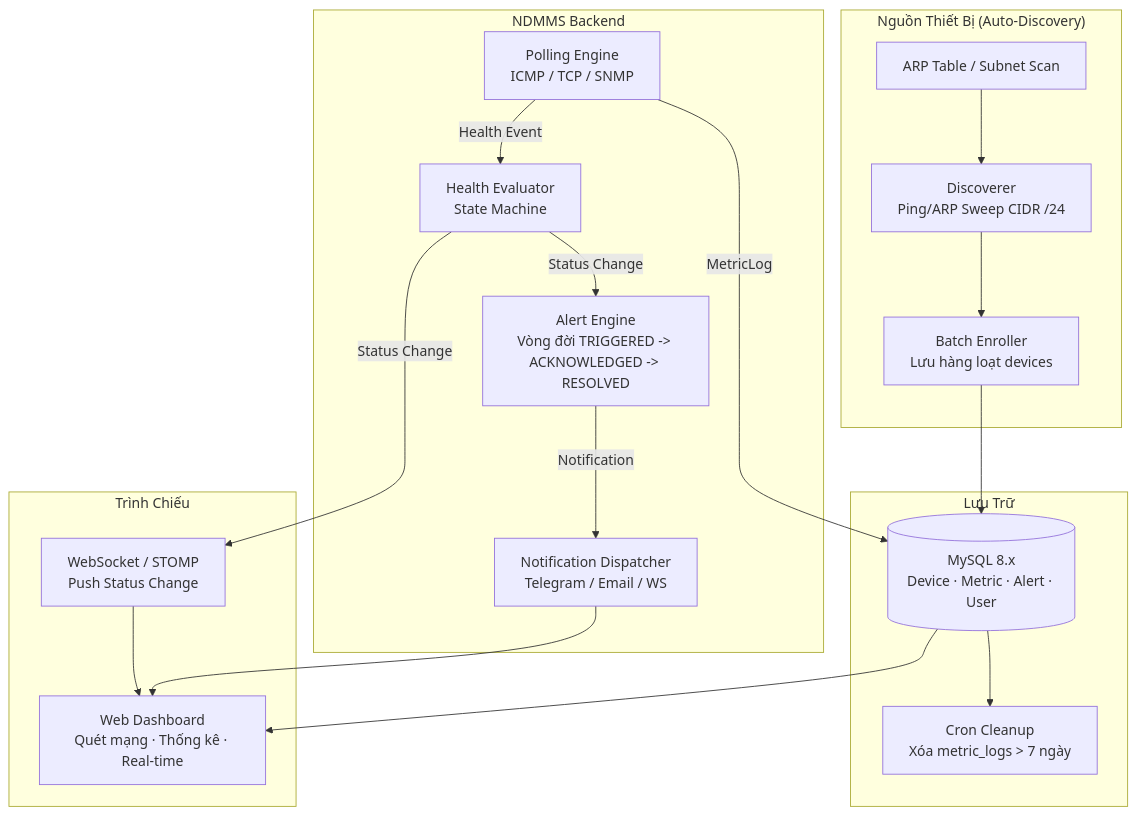
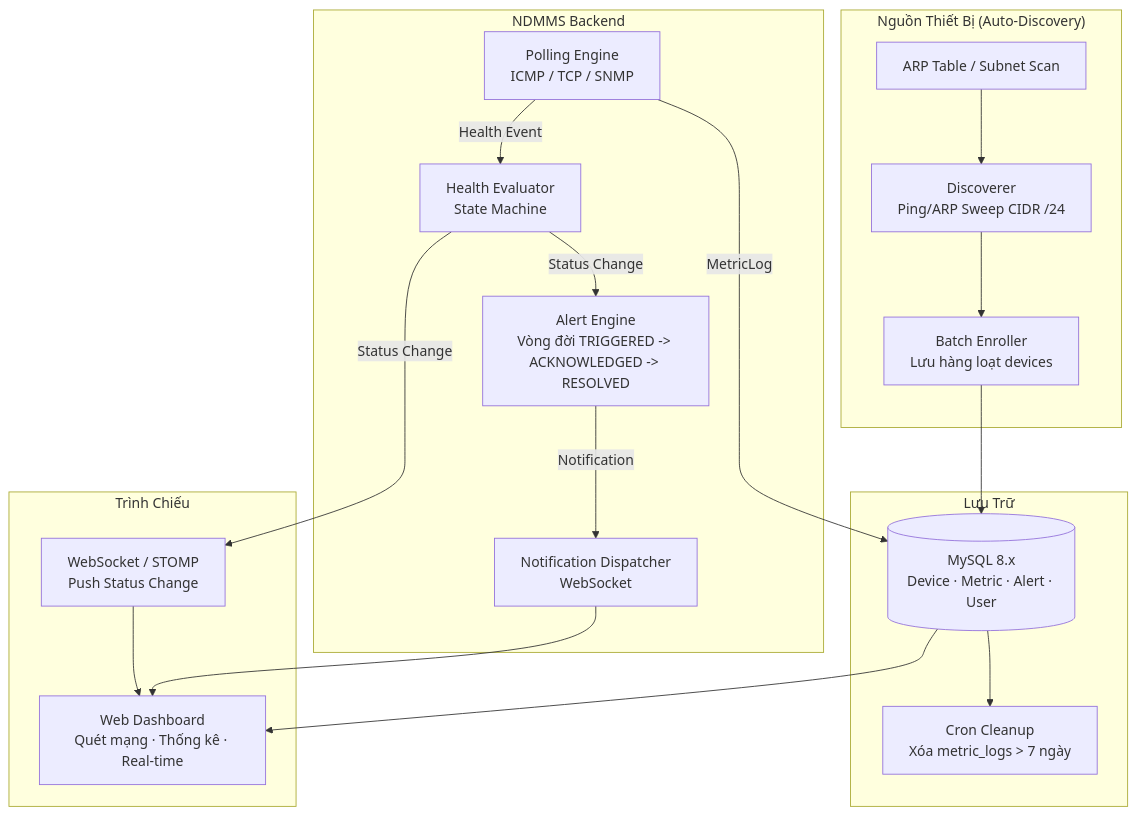
The first of 2 diagrams in rules/logic.md (mrti-dev/network-monitor), drawn with Mermaid before and after one commit. The commit also changed other lines of this file and 43 other files, not shown here.

````diff
--- a/rules/logic.md
+++ b/rules/logic.md
@@ -39,38 +39,38 @@
 ```mermaid
 graph TB
     subgraph "Nguồn Thiết Bị (Auto-Discovery)"
         SWEEP[Discoverer<br/>Ping/ARP Sweep CIDR /24]
         ENROLL[Batch Enroller<br/>Lưu hàng loạt devices]
         ARP[ARP Table / Subnet Scan]
     end
 
     subgraph "NDMMS Backend"
         POLL[Polling Engine<br/>ICMP / TCP / SNMP]
         EVAL[Health Evaluator<br/>State Machine]
         ALERT[Alert Engine<br/>Vòng đời TRIGGERED -> ACKNOWLEDGED -> RESOLVED]
-        NOTIFY[Notification Dispatcher<br/>Telegram / Email / WS]
+        NOTIFY[Notification Dispatcher<br/>WebSocket]
     end
 
     subgraph "Lưu Trữ"
         MYSQL[(MySQL 8.x<br/>Device · Metric · Alert · User)]
         CRON[Cron Cleanup<br/>Xóa metric_logs > 7 ngày]
     end
 
     subgraph "Trình Chiếu"
         DASH[Web Dashboard<br/>Quét mạng · Thống kê · Real-time]
         STOMP[WebSocket / STOMP<br/>Push Status Change]
     end
 
     SWEEP --> ENROLL
     ARP --> SWEEP
     ENROLL --> MYSQL
     POLL -->|MetricLog| MYSQL
     POLL -->|Health Event| EVAL
     EVAL -->|Status Change| ALERT
     EVAL -->|Status Change| STOMP
     ALERT -->|Notification| NOTIFY
     NOTIFY --> DASH
     MYSQL --> CRON
     MYSQL --> DASH
     STOMP --> DASH
 ```
````
